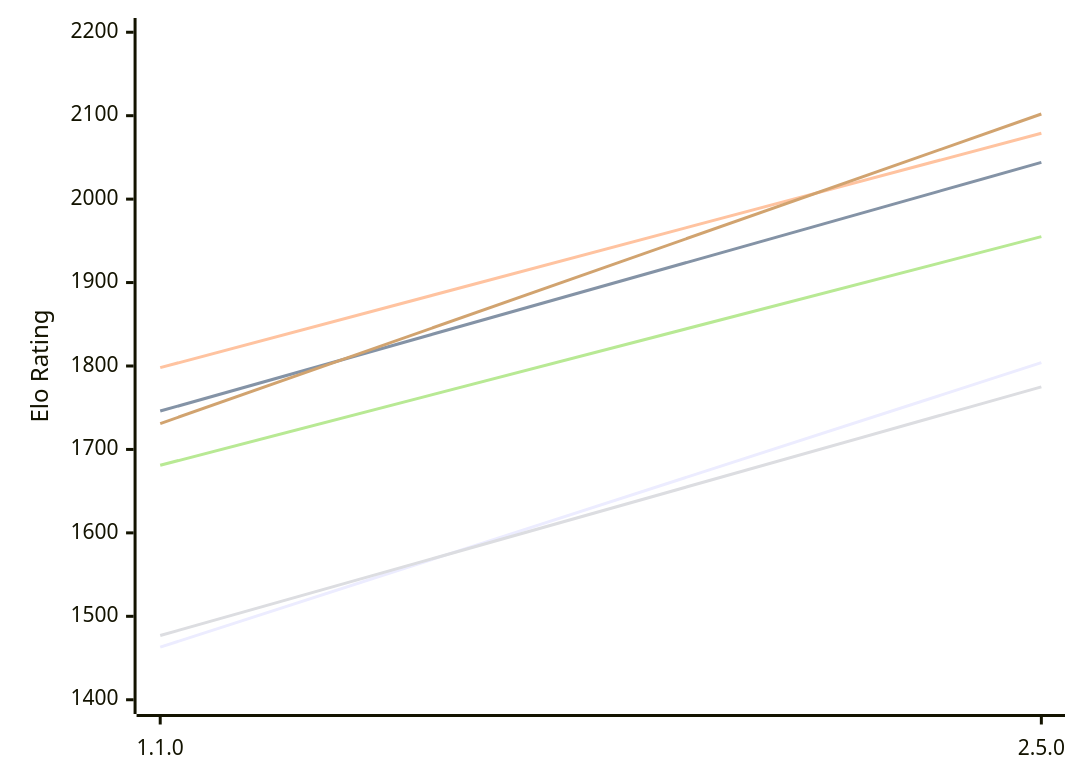
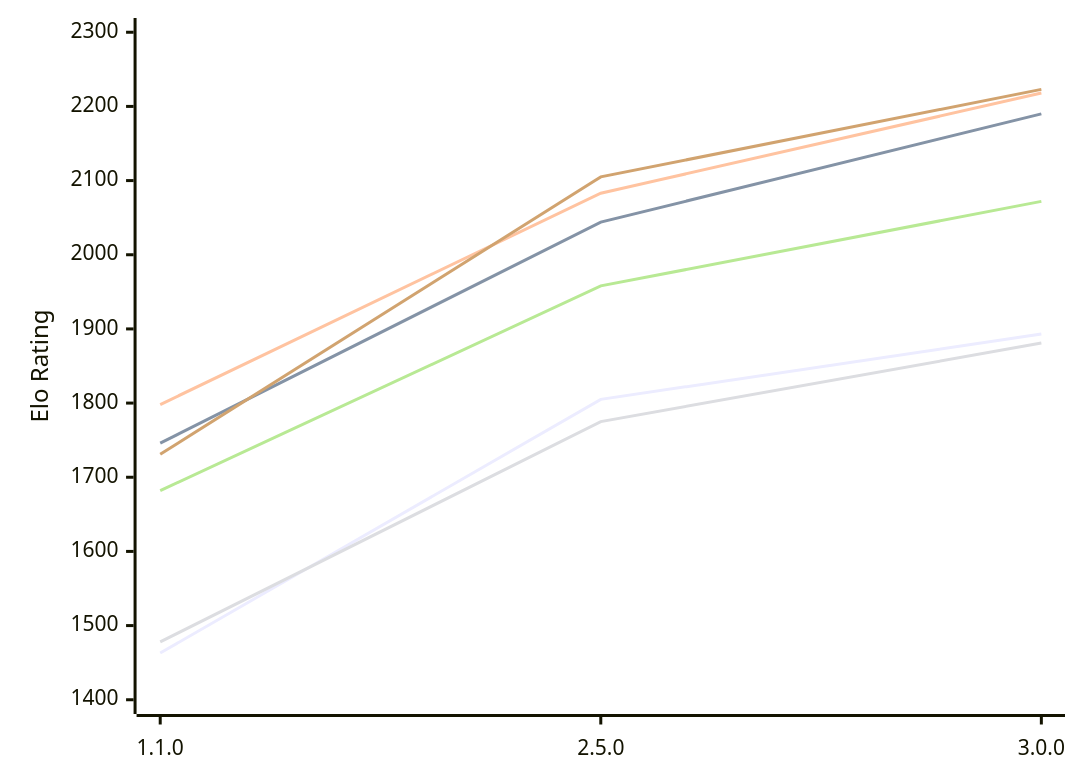
One commit to computer-chess-index/cci changed the diagram in engines/KnightStalker.md. Above: the diagram before and after it, drawn with Mermaid. The commit also changed other lines of this file, not shown here.

Commit message:
Update CCI Ratings (ELO VLTC) - 2026-11-28

````diff
--- a/engines/KnightStalker.md
+++ b/engines/KnightStalker.md
@@ -49,12 +51,12 @@
 ```mermaid
 %%{init: {"theme":"base","themeVariables":{"seriesColors:['#a3a3a3','#222221','#faa371']}}}%%
 xychart-beta
-  x-axis ["1.1.0", "2.5.0"]
-  y-axis "Elo Rating" 1400 --> 2200
-  line "E1: STC (8.0+0.08s)" [1463, 1804]
-  line "E1: LTC (60.0+0.60s)" [1746, 2044]
-  line "E1: VLTC (2m24s+1.12s)" [1798, 2079]
-  line "P1: STC (8.0+0.08s)" [1477, 1775]
-  line "P1: LTC (60.0+0.60s)" [1681, 1955]
-  line "P1: VLTC (2m24s+1.12s)" [1731, 2102]
+  x-axis ["1.1.0", "2.5.0", "3.0.0"]
+  y-axis "Elo Rating" 1400 --> 2300
+  line "E1: STC (8.0+0.08s)" [1463, 1805, 1893]
+  line "E1: LTC (60.0+0.60s)" [1746, 2044, 2190]
+  line "E1: VLTC (2m24s+1.12s)" [1798, 2083, 2218]
+  line "P1: STC (8.0+0.08s)" [1478, 1775, 1881]
+  line "P1: LTC (60.0+0.60s)" [1682, 1958, 2072]
+  line "P1: VLTC (2m24s+1.12s)" [1731, 2105, 2223]
 ```
````
